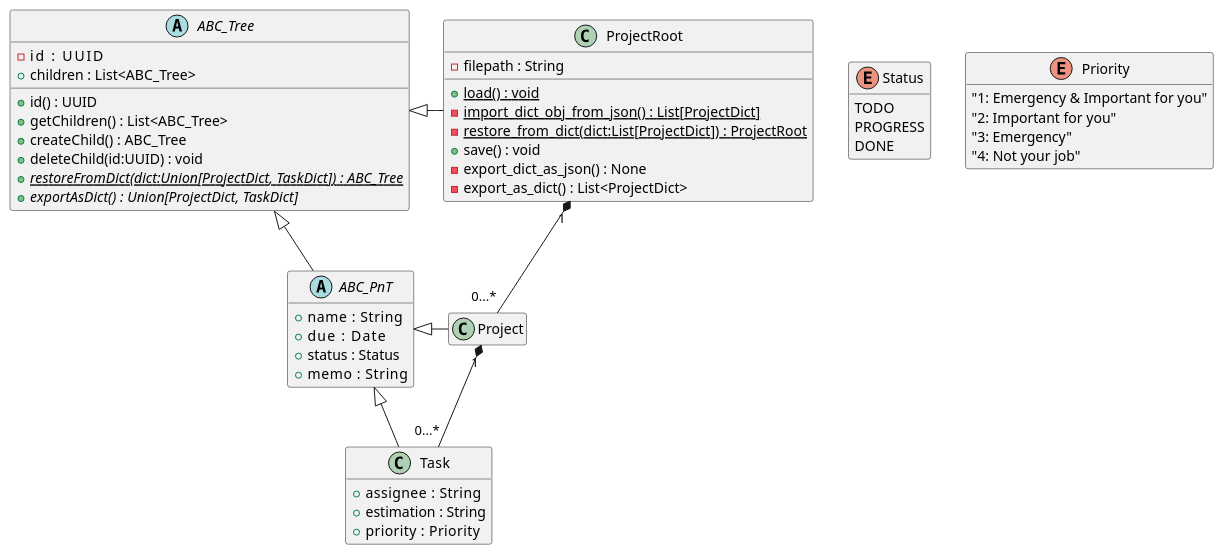
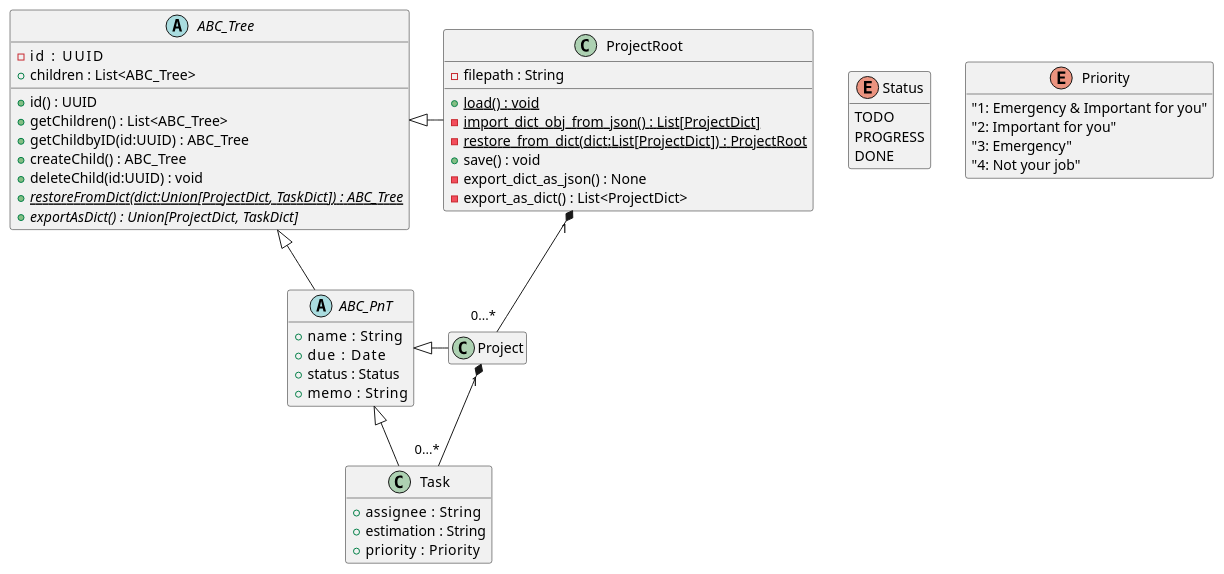
Before and after one commit to PastaSoba/MyTaskManagementApp2: the diagram in uml/モデル部分.puml, drawn with PlantUML. The commit also changed 3 other files, not shown here.

```diff
--- a/uml/モデル部分.puml
+++ b/uml/モデル部分.puml
@@ -1,64 +1,65 @@
 @startuml model
 hide empty members
 
 enum Status {
     TODO
     PROGRESS
     DONE
 }
 
 enum Priority {
     "1: Emergency & Important for you"
     "2: Important for you"
     "3: Emergency"
     "4: Not your job"
 }
 
 class ProjectRoot {
     -filepath : String
 
     +{static}load() : void
     -{static}import_dict_obj_from_json() : List[ProjectDict]
     -{static}restore_from_dict(dict:List[ProjectDict]) : ProjectRoot
     +save() : void
     -export_dict_as_json() : None
     -export_as_dict() : List<ProjectDict>
 }
 
 abstract class ABC_Tree {
     -id     : UUID
     +children : List<ABC_Tree>
 
     +id() : UUID
     +getChildren() : List<ABC_Tree>
+    +getChildbyID(id:UUID) : ABC_Tree
     +createChild() : ABC_Tree
     +deleteChild(id:UUID) : void
     ' I/Oに関する部分
     +{static}{abstract} restoreFromDict(dict:Union[ProjectDict, TaskDict]) : ABC_Tree
     +{abstract} exportAsDict() : Union[ProjectDict, TaskDict]
 }
 
 abstract class ABC_PnT {
     +name   : String
     +due    : Date
     +status : Status
     +memo   : String
 }
 
 
 class Project {
 }
 
 class Task {
     +assignee   : String
     +estimation : String
     +priority   : Priority
 }
 
 ProjectRoot "1" *-down- "0...*" Project
 Project "1" *-down- "0...*" Task
 ABC_Tree <|-- ABC_PnT
 ABC_Tree <|- ProjectRoot
 ABC_PnT <|- Project
 ABC_PnT <|- Task
 @enduml
```
